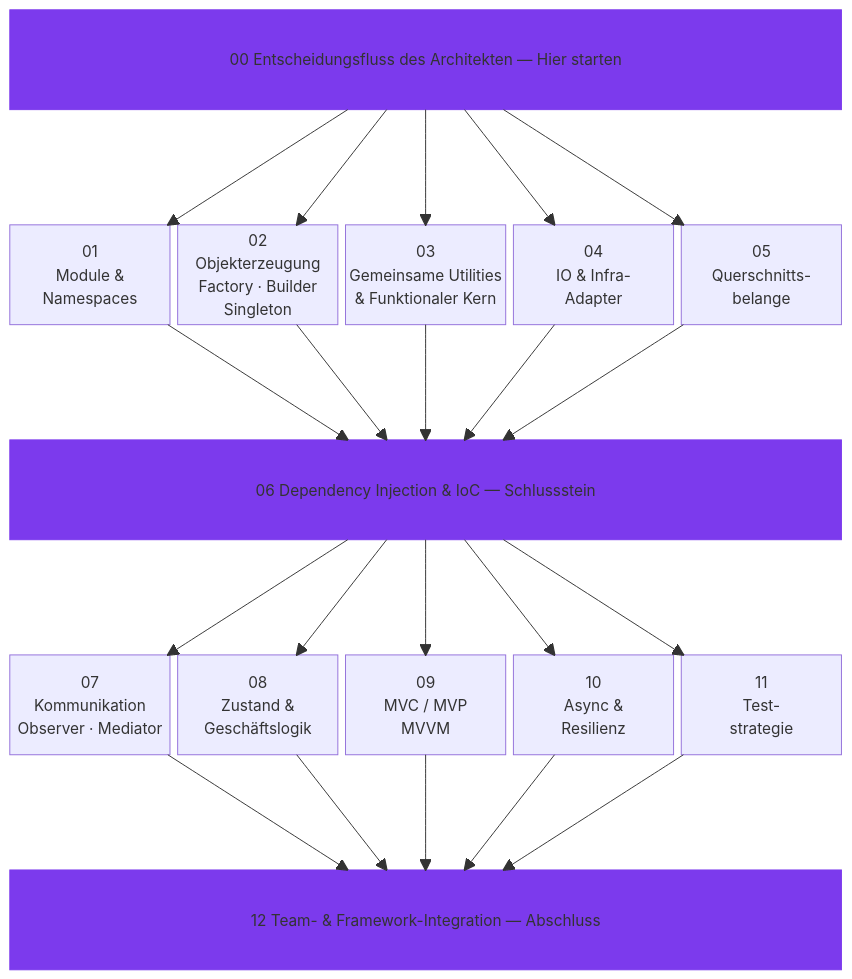
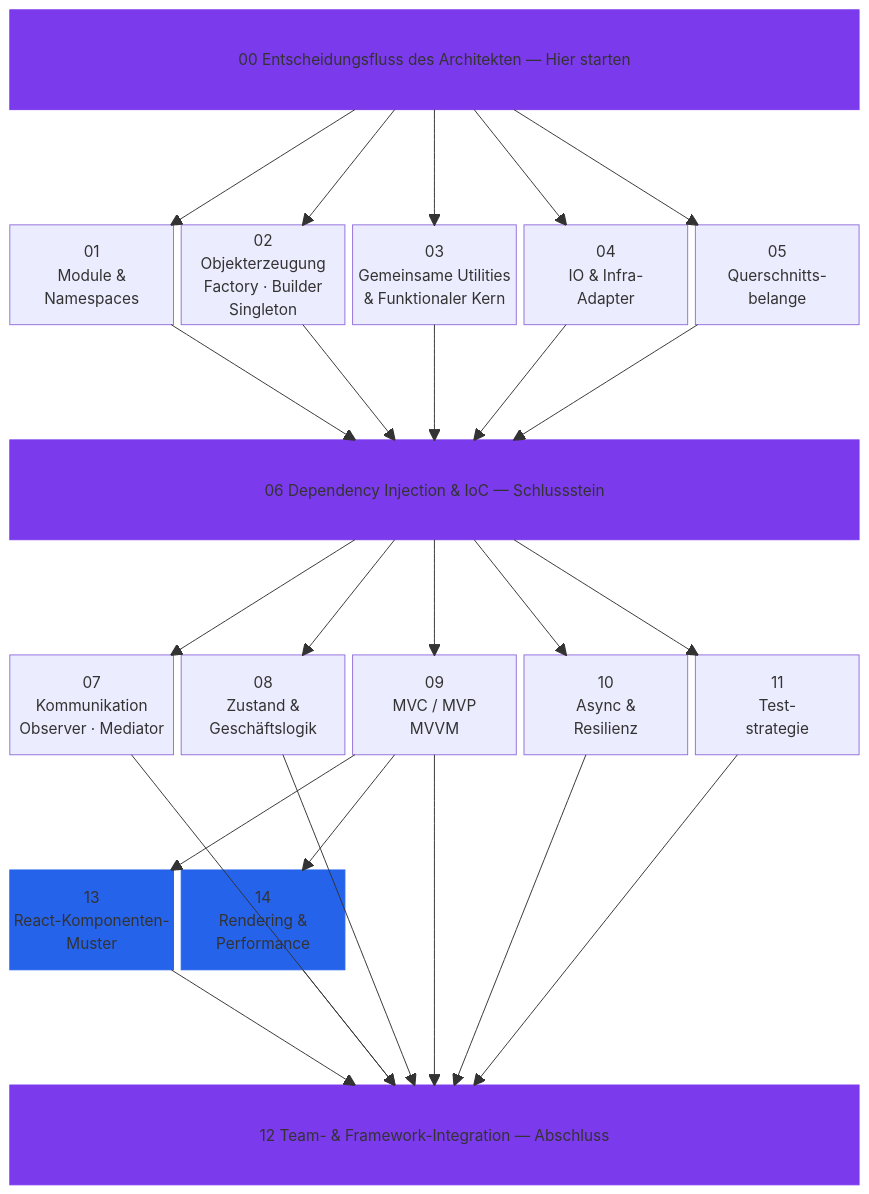
The diagram in README_de.md (MattAtAIEra/Learning_JavaScript_Design_Pattern), drawn with Mermaid before and after one commit. The commit also changed other lines of this file and 21 other files, not shown here.

````diff
--- a/README_de.md
+++ b/README_de.md
@@ -69,47 +69,57 @@
 ```mermaid
 block-beta
   columns 5
 
   s00["00 Entscheidungsfluss des Architekten — Hier starten"]:5
   space:5
   s01["01\nModule &\nNamespaces"]
   s02["02\nObjekterzeugung\nFactory · Builder\nSingleton"]
   s03["03\nGemeinsame Utilities\n& Funktionaler Kern"]
   s04["04\nIO & Infra-\nAdapter"]
   s05["05\nQuerschnitts-\nbelange"]
   space:5
   s06["06 Dependency Injection & IoC — Schlussstein"]:5
   space:5
   s07["07\nKommunikation\nObserver · Mediator"]
   s08["08\nZustand &\nGeschäftslogik"]
   s09["09\nMVC / MVP\nMVVM"]
   s10["10\nAsync &\nResilienz"]
   s11["11\nTest-\nstrategie"]
   space:5
+  s13["13\nReact-Komponenten-\nMuster"]
+  s14["14\nRendering &\nPerformance"]
+  space space space
+  space:5
   s12["12 Team- & Framework-Integration — Abschluss"]:5
 
   s00 --> s01
   s00 --> s02
   s00 --> s03
   s00 --> s04
   s00 --> s05
   s01 --> s06
   s02 --> s06
   s03 --> s06
   s04 --> s06
   s05 --> s06
   s06 --> s07
   s06 --> s08
   s06 --> s09
   s06 --> s10
   s06 --> s11
+  s09 --> s13
+  s09 --> s14
   s07 --> s12
   s08 --> s12
   s09 --> s12
   s10 --> s12
   s11 --> s12
+  s13 --> s12
+  s14 --> s12
 
   style s00 fill:#7c3aed,color:#fff,stroke:#7c3aed
   style s06 fill:#7c3aed,color:#fff,stroke:#7c3aed
   style s12 fill:#7c3aed,color:#fff,stroke:#7c3aed
+  style s13 fill:#2563eb,color:#fff,stroke:#2563eb
+  style s14 fill:#2563eb,color:#fff,stroke:#2563eb
 ```
````
